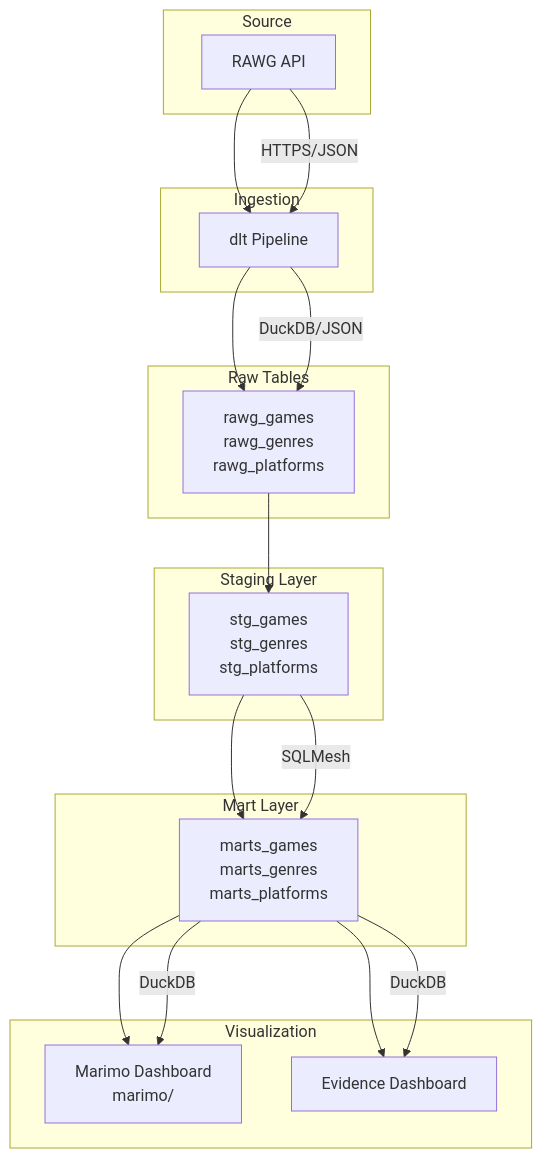
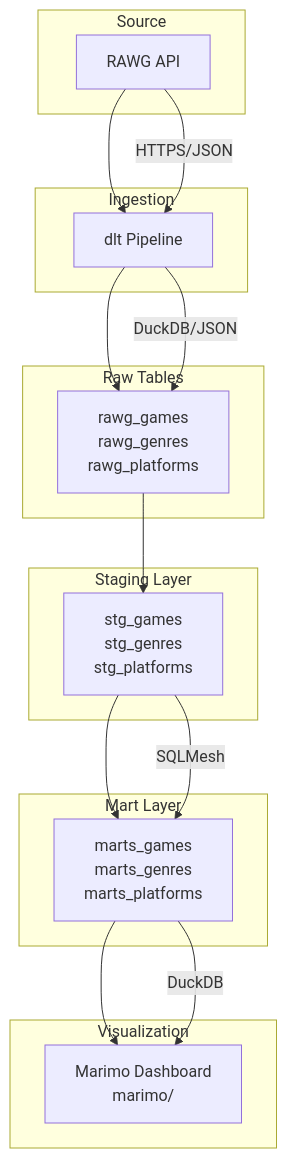
One commit to mohamed-boughattas/gaming-analytics-pipeline changed the second of 2 diagrams in docs/data-flow.md. Above: the diagram before and after it, drawn with Mermaid. The commit also changed other lines of this file and 16 other files, not shown here.

````diff
--- a/docs/data-flow.md
+++ b/docs/data-flow.md
@@ -117,40 +116,37 @@
 ```mermaid
 flowchart TD
     subgraph Source
         API[RAWG API]
     end
 
     subgraph Ingestion
         DLT[dlt Pipeline]
     end
 
     subgraph Raw Tables
         RAWG[rawg_games<br/>rawg_genres<br/>rawg_platforms]
     end
 
     subgraph Staging Layer
         STG[stg_games<br/>stg_genres<br/>stg_platforms]
     end
 
     subgraph Mart Layer
         MART[marts_games<br/>marts_genres<br/>marts_platforms]
     end
 
     subgraph Visualization
         MARIMO[Marimo Dashboard<br/>marimo/]
-        EVID[Evidence Dashboard]
     end
 
     API --> DLT
     DLT --> RAWG
     RAWG --> STG
     STG --> MART
     MART --> MARIMO
-    MART --> EVID
 
     API -->|HTTPS/JSON| DLT
     DLT -->|DuckDB/JSON| RAWG
     STG -->|SQLMesh| MART
     MART -->|DuckDB| MARIMO
-    MART -->|DuckDB| EVID
 ```
````
